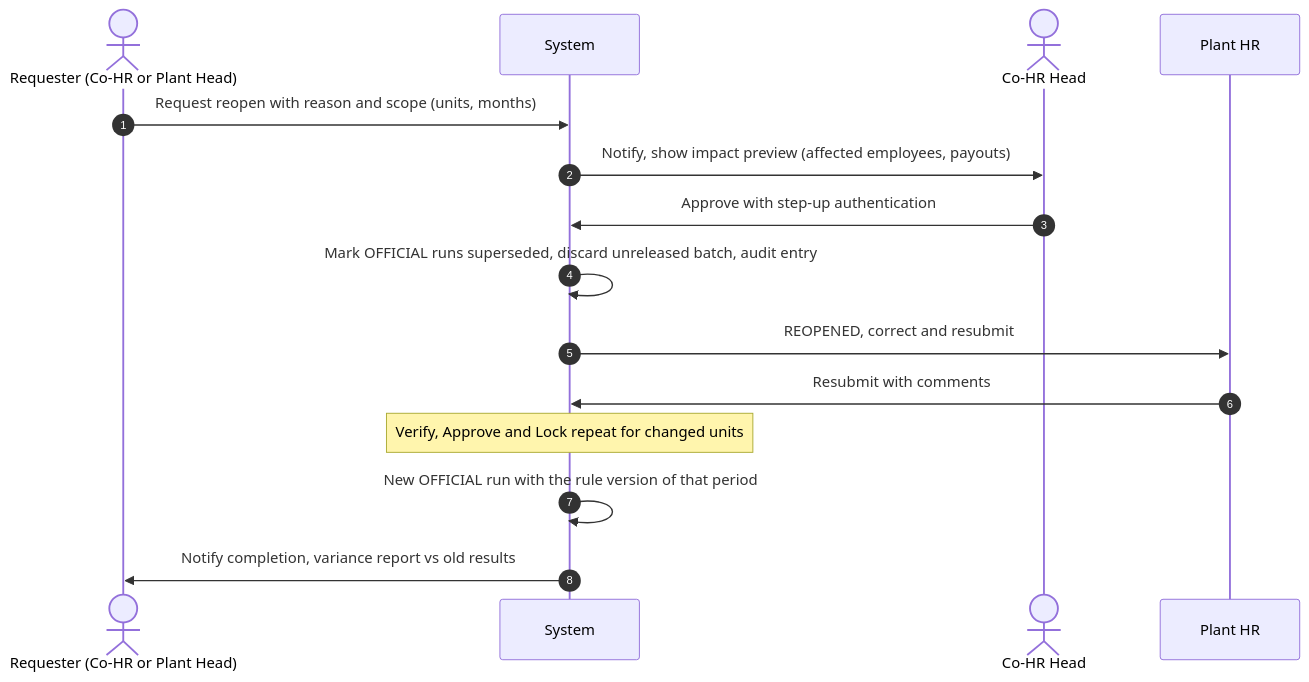
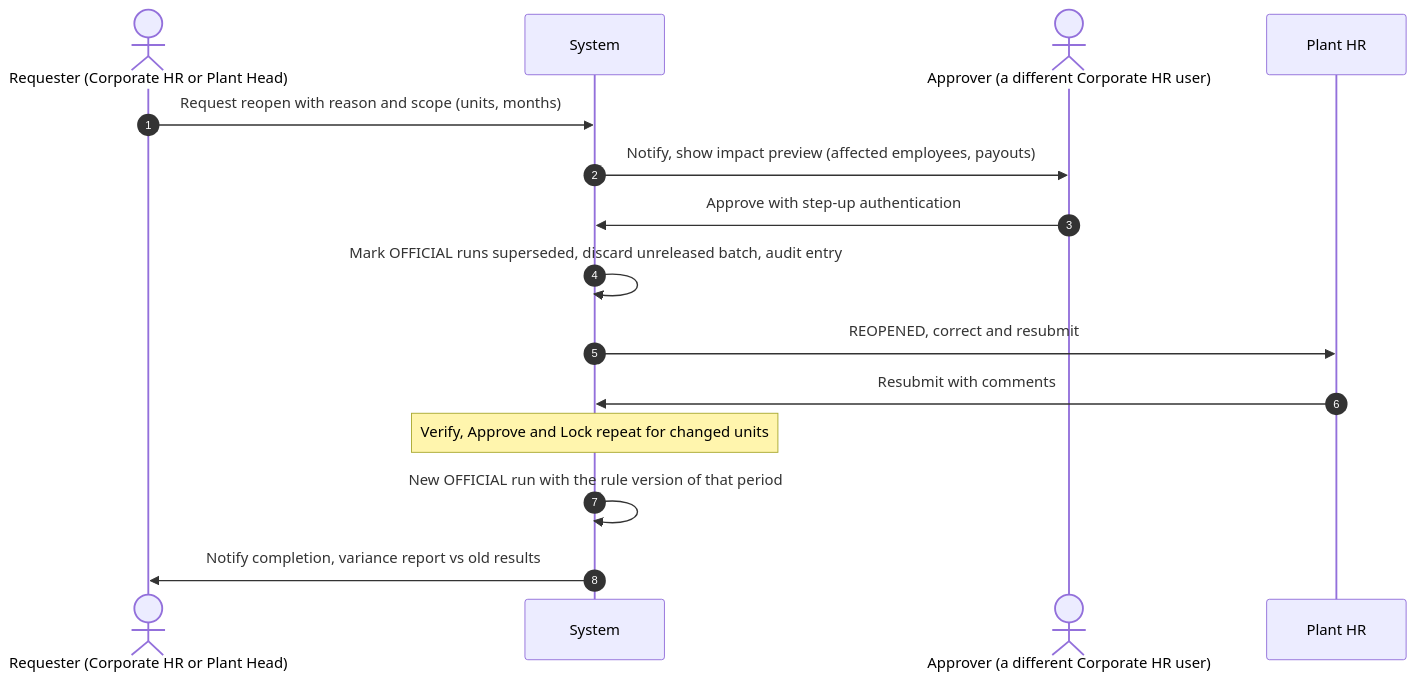
One commit to harshda-vatsin/performance-tracker changed the third of 3 diagrams in docs/design/06-workflows.md. Above: the diagram before and after it, drawn with Mermaid. The commit also changed other lines of this file and 35 other files, not shown here.

````diff
--- a/docs/design/06-workflows.md
+++ b/docs/design/06-workflows.md
@@ -109,17 +109,17 @@
 ```mermaid
 sequenceDiagram
   autonumber
-  actor R as Requester (Co-HR or Plant Head)
+  actor R as Requester (Corporate HR or Plant Head)
   participant S as System
-  actor H as Co-HR Head
+  actor H as Approver (a different Corporate HR user)
   participant P as Plant HR
   R->>S: Request reopen with reason and scope (units, months)
   S->>H: Notify, show impact preview (affected employees, payouts)
   H->>S: Approve with step-up authentication
   S->>S: Mark OFFICIAL runs superseded, discard unreleased batch, audit entry
   S->>P: REOPENED, correct and resubmit
   P->>S: Resubmit with comments
   Note over S: Verify, Approve and Lock repeat for changed units
   S->>S: New OFFICIAL run with the rule version of that period
   S->>R: Notify completion, variance report vs old results
 ```
````
